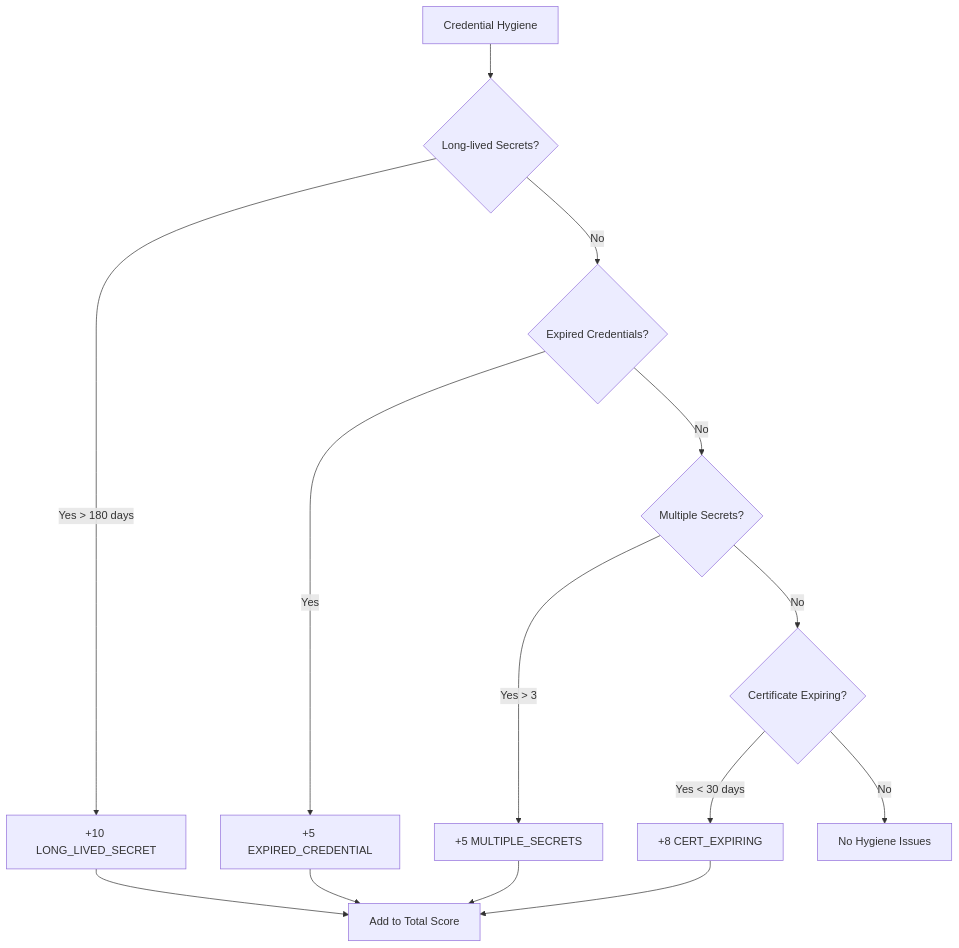
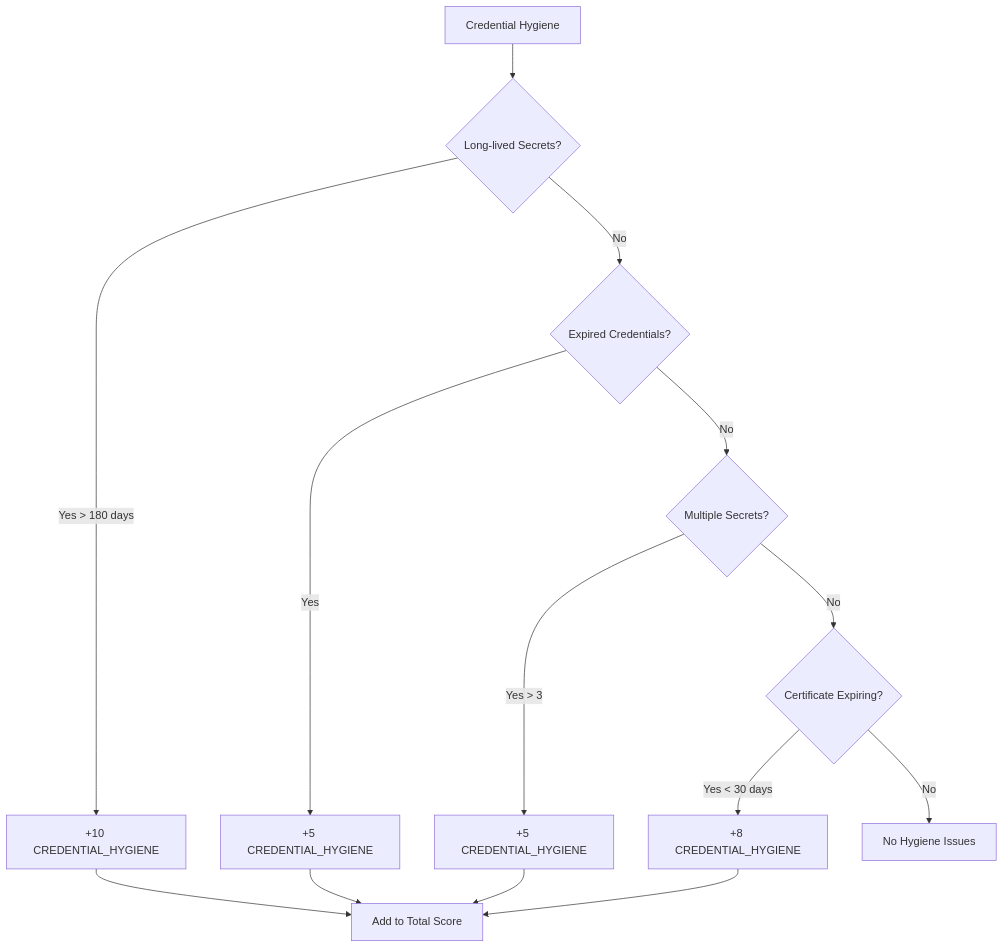
One commit to OID-See/OID-See changed the sixth of 8 diagrams in docs/scoring-logic.md. Above: the diagram before and after it, drawn with Mermaid. The commit also changed other lines of this file and 1 other file, not shown here.

````diff
--- a/docs/scoring-logic.md
+++ b/docs/scoring-logic.md
@@ -427,20 +427,20 @@
 ```mermaid
 flowchart TD
     A[Credential Hygiene] --> B{Long-lived Secrets?}
-    B -->|Yes > 180 days| C[+10 LONG_LIVED_SECRET]
+    B -->|Yes > 180 days| C[+10 CREDENTIAL_HYGIENE]
     B -->|No| D{Expired Credentials?}
     
-    D -->|Yes| E[+5 EXPIRED_CREDENTIAL]
+    D -->|Yes| E[+5 CREDENTIAL_HYGIENE]
     D -->|No| F{Multiple Secrets?}
     
-    F -->|Yes > 3| G[+5 MULTIPLE_SECRETS]
+    F -->|Yes > 3| G[+5 CREDENTIAL_HYGIENE]
     F -->|No| H{Certificate Expiring?}
     
-    H -->|Yes < 30 days| I[+8 CERT_EXPIRING]
+    H -->|Yes < 30 days| I[+8 CREDENTIAL_HYGIENE]
     H -->|No| J[No Hygiene Issues]
     
     C --> K[Add to Total Score]
     E --> K
     G --> K
     I --> K
 ```
````
